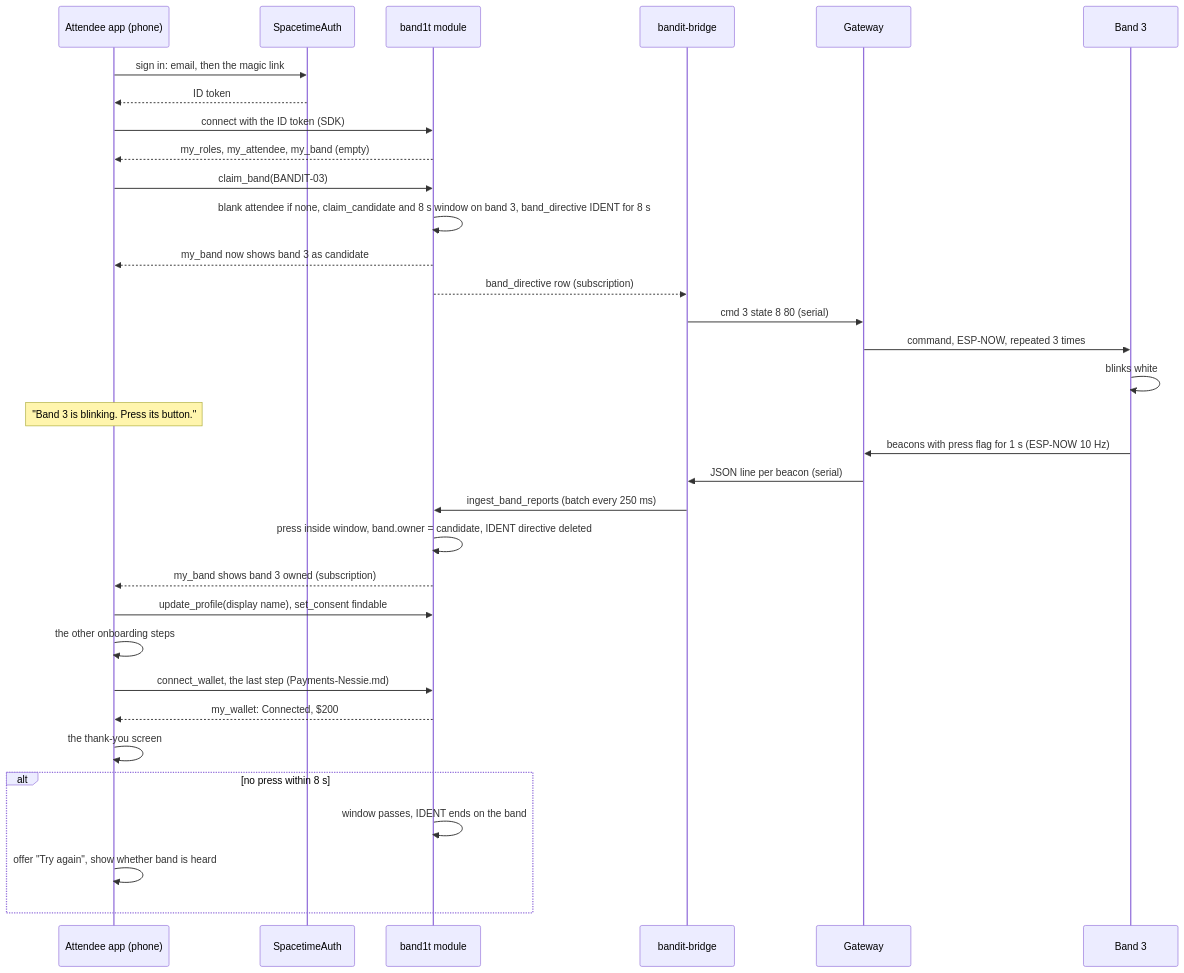
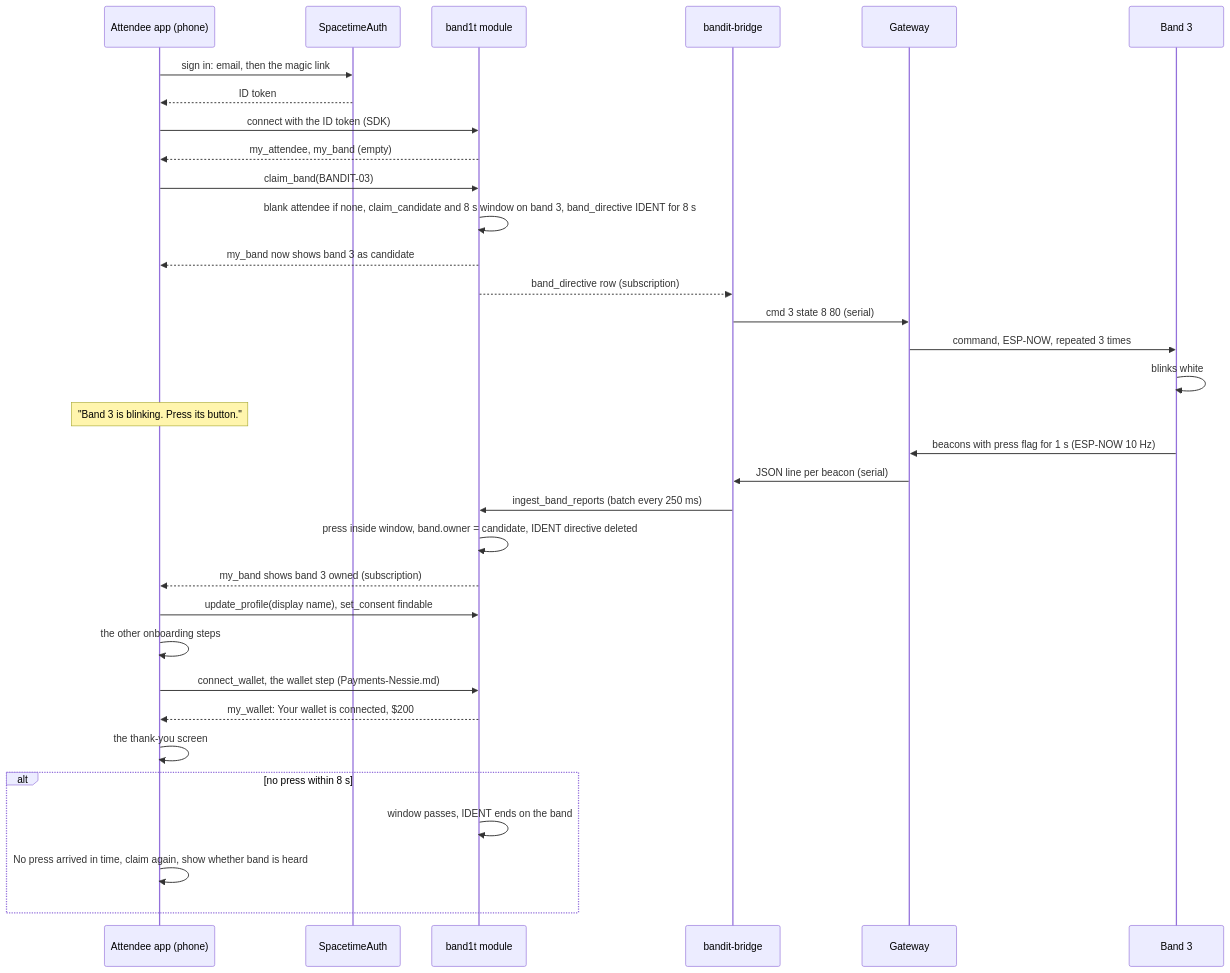
One commit to viktorinkov/cal-hacks-13 changed the second of 4 diagrams in System Design/5-apps/Attendee-App.md. Above: the diagram before and after it, drawn with Mermaid. The commit also changed other lines of this file and 20 other files, not shown here.

Commit message:
Medical card, wallet step and Leo's parts match vik-e2e

````diff
--- a/System Design/5-apps/Attendee-App.md
+++ b/System Design/5-apps/Attendee-App.md
@@ -126,35 +121,35 @@
 ```mermaid
 sequenceDiagram
     participant App as Attendee app (phone)
     participant Auth as SpacetimeAuth
     participant Mod as band1t module
     participant Bridge as bandit-bridge
     participant GW as Gateway
     participant Band as Band 3
     App->>Auth: sign in: email, then the magic link
     Auth-->>App: ID token
     App->>Mod: connect with the ID token (SDK)
-    Mod-->>App: my_roles, my_attendee, my_band (empty)
+    Mod-->>App: my_attendee, my_band (empty)
     App->>Mod: claim_band(BANDIT-03)
     Mod->>Mod: blank attendee if none, claim_candidate and 8 s window on band 3, band_directive IDENT for 8 s
     Mod-->>App: my_band now shows band 3 as candidate
     Mod-->>Bridge: band_directive row (subscription)
     Bridge->>GW: cmd 3 state 8 80 (serial)
     GW->>Band: command, ESP-NOW, repeated 3 times
     Band->>Band: blinks white
     Note over App: "Band 3 is blinking. Press its button."
     Band->>GW: beacons with press flag for 1 s (ESP-NOW 10 Hz)
     GW->>Bridge: JSON line per beacon (serial)
     Bridge->>Mod: ingest_band_reports (batch every 250 ms)
     Mod->>Mod: press inside window, band.owner = candidate, IDENT directive deleted
     Mod-->>App: my_band shows band 3 owned (subscription)
     App->>Mod: update_profile(display name), set_consent findable
     App->>App: the other onboarding steps
-    App->>Mod: connect_wallet, the last step (Payments-Nessie.md)
-    Mod-->>App: my_wallet: Connected, $200
+    App->>Mod: connect_wallet, the wallet step (Payments-Nessie.md)
+    Mod-->>App: my_wallet: Your wallet is connected, $200
     App->>App: the thank-you screen
     alt no press within 8 s
         Mod->>Mod: window passes, IDENT ends on the band
-        App->>App: offer "Try again", show whether band is heard
+        App->>App: No press arrived in time, claim again, show whether band is heard
     end
 ```
````
